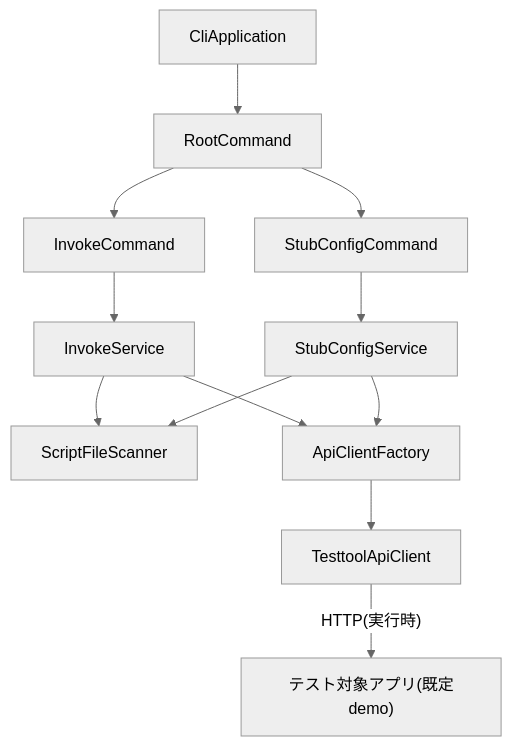
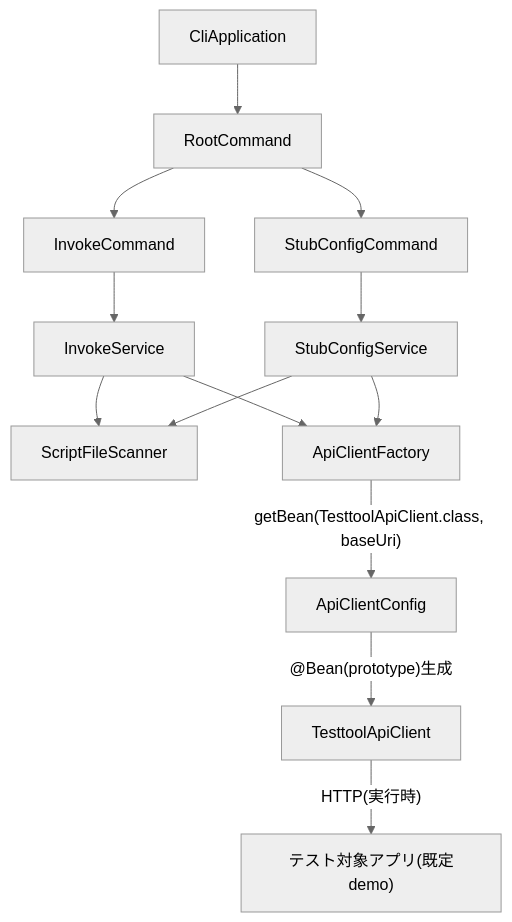
Before and after one commit to agwlvssainokuni/cherry-testtool: the third of 5 diagrams in aidlc-docs/inception/application-design/component-dependency.md, drawn with Mermaid (neutral theme). The commit also changed 4 other files, not shown here.

Commit message:
AI-DLC: TesttoolApiClientをSpring管理prototype Beanへ変更。ApiClientConfig新設、ApiClientFactoryはgetBean委譲のみに簡素化。

````diff
--- a/aidlc-docs/inception/application-design/component-dependency.md
+++ b/aidlc-docs/inception/application-design/component-dependency.md
@@ -52,14 +52,15 @@
 ```mermaid
 flowchart TB
     CliApplication --> RootCommand
     RootCommand --> InvokeCommand
     RootCommand --> StubConfigCommand
     InvokeCommand --> InvokeService
     StubConfigCommand --> StubConfigService
     InvokeService --> ScriptFileScanner
     InvokeService --> ApiClientFactory
     StubConfigService --> ScriptFileScanner
     StubConfigService --> ApiClientFactory
-    ApiClientFactory --> TesttoolApiClient
+    ApiClientFactory -->|"getBean(TesttoolApiClient.class, baseUri)"| ApiClientConfig
+    ApiClientConfig -->|"@Bean(prototype)生成"| TesttoolApiClient
     TesttoolApiClient -->|"HTTP(実行時)"| TargetApp["テスト対象アプリ(既定demo)"]
 ```
````
